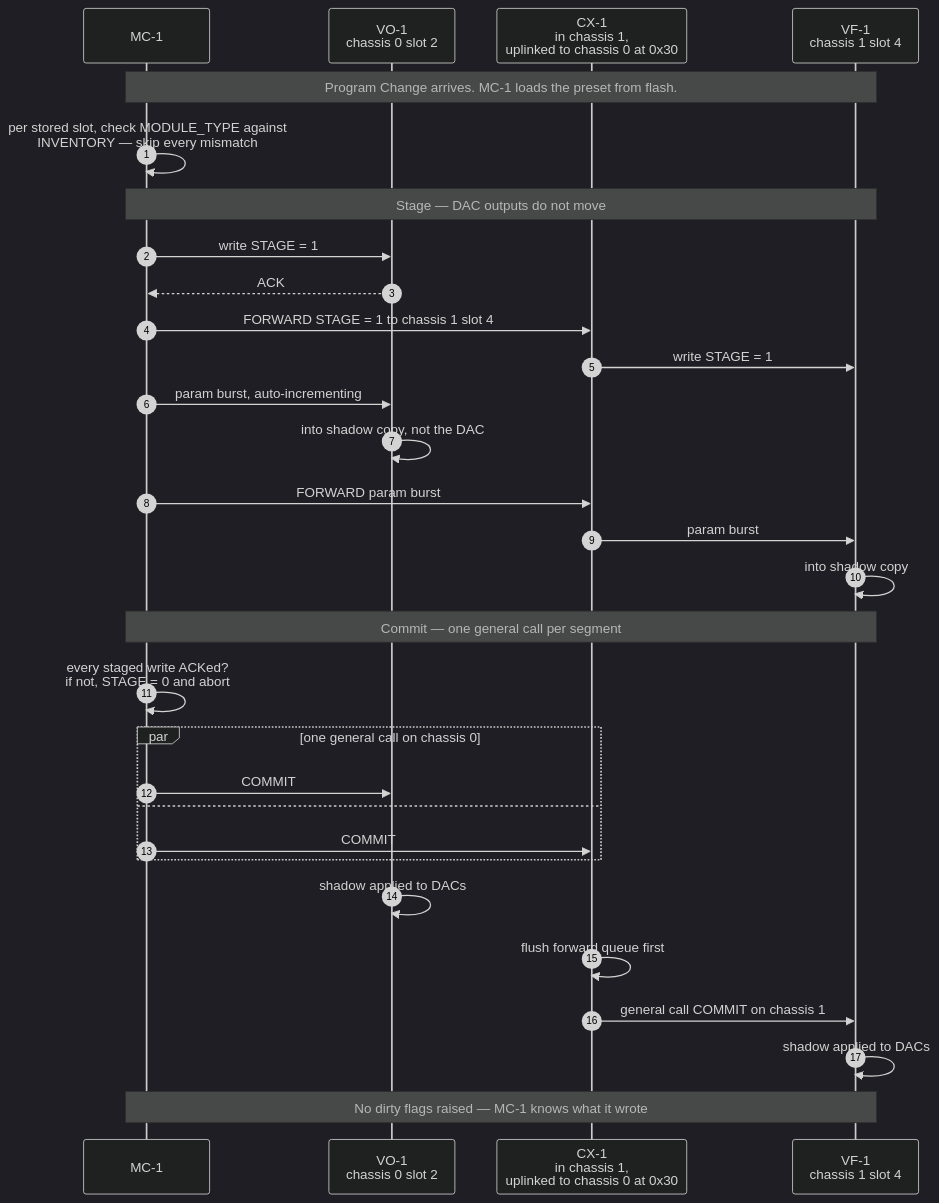
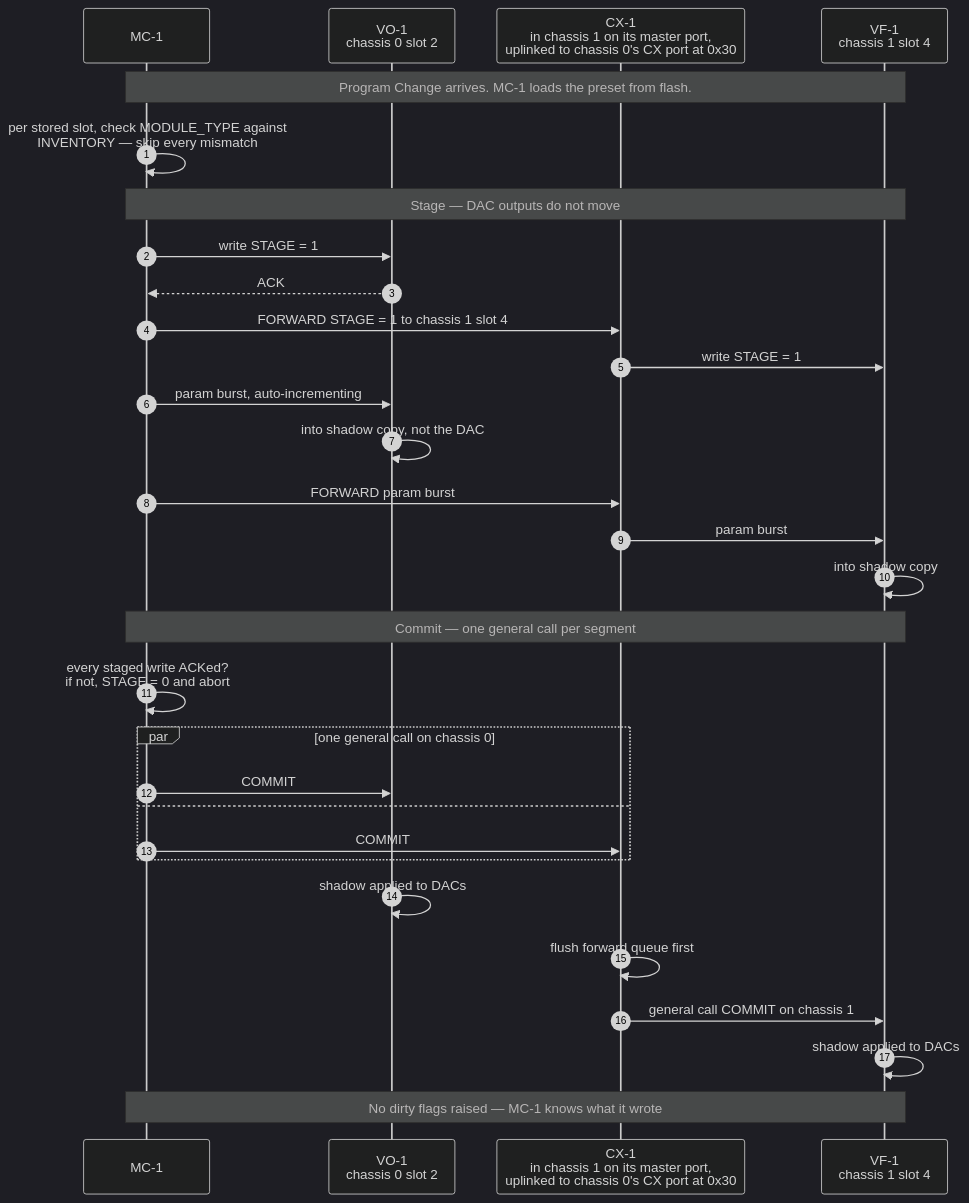
One commit to rvodden/fluxtron changed the third of 3 diagrams in BUS.md. Above: the diagram before and after it, drawn with Mermaid (dark theme). The commit also changed other lines of this file and 1 other file, not shown here.

````diff
--- a/BUS.md
+++ b/BUS.md
@@ -617,37 +634,37 @@
 ```mermaid
 sequenceDiagram
     autonumber
     participant MC1 as MC-1
     participant VO1 as VO-1<br/>chassis 0 slot 2
-    participant CX1 as CX-1<br/>in chassis 1,<br/>uplinked to chassis 0 at 0x30
+    participant CX1 as CX-1<br/>in chassis 1 on its master port,<br/>uplinked to chassis 0's CX port at 0x30
     participant VF1 as VF-1<br/>chassis 1 slot 4
 
     Note over MC1,VF1: Program Change arrives. MC-1 loads the preset from flash.
     MC1->>MC1: per stored slot, check MODULE_TYPE against<br/>INVENTORY — skip every mismatch
 
     Note over MC1,VF1: Stage — DAC outputs do not move
     MC1->>VO1: write STAGE = 1
     VO1-->>MC1: ACK
     MC1->>CX1: FORWARD STAGE = 1 to chassis 1 slot 4
     CX1->>VF1: write STAGE = 1
     MC1->>VO1: param burst, auto-incrementing
     VO1->>VO1: into shadow copy, not the DAC
     MC1->>CX1: FORWARD param burst
     CX1->>VF1: param burst
     VF1->>VF1: into shadow copy
 
     Note over MC1,VF1: Commit — one general call per segment
     MC1->>MC1: every staged write ACKed?<br/>if not, STAGE = 0 and abort
 
     par one general call on chassis 0
         MC1->>VO1: COMMIT
     and
         MC1->>CX1: COMMIT
     end
 
     VO1->>VO1: shadow applied to DACs
     CX1->>CX1: flush forward queue first
     CX1->>VF1: general call COMMIT on chassis 1
     VF1->>VF1: shadow applied to DACs
     Note over MC1,VF1: No dirty flags raised — MC-1 knows what it wrote
 ```
````
